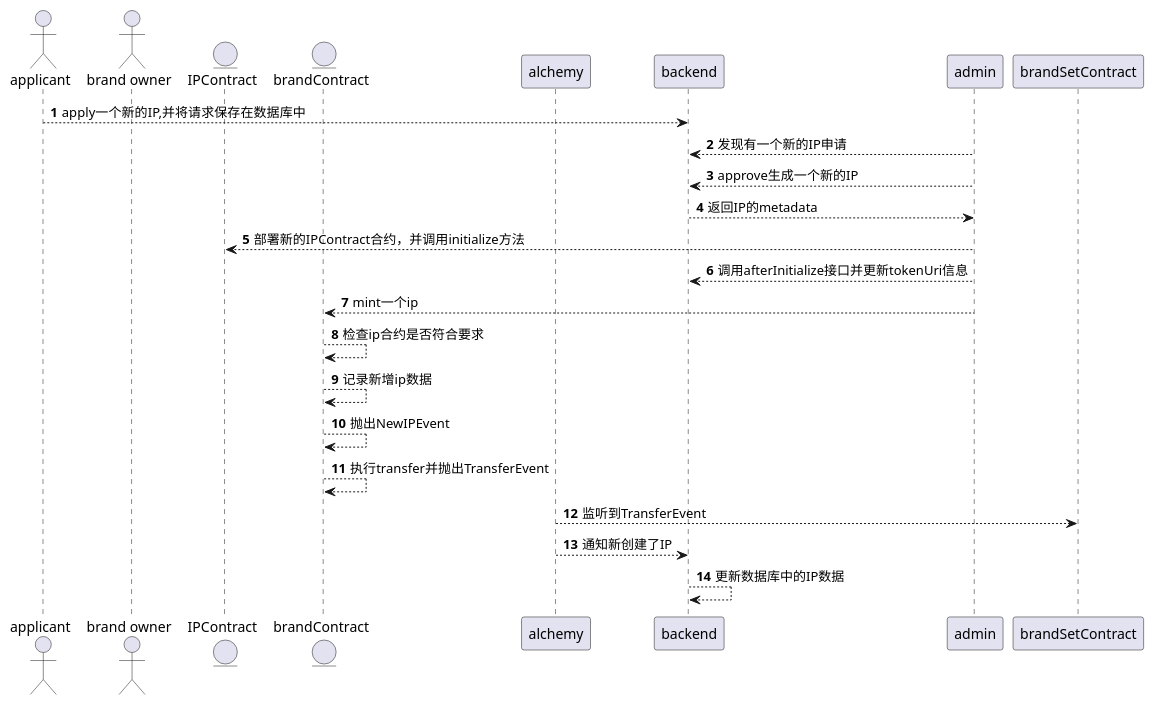
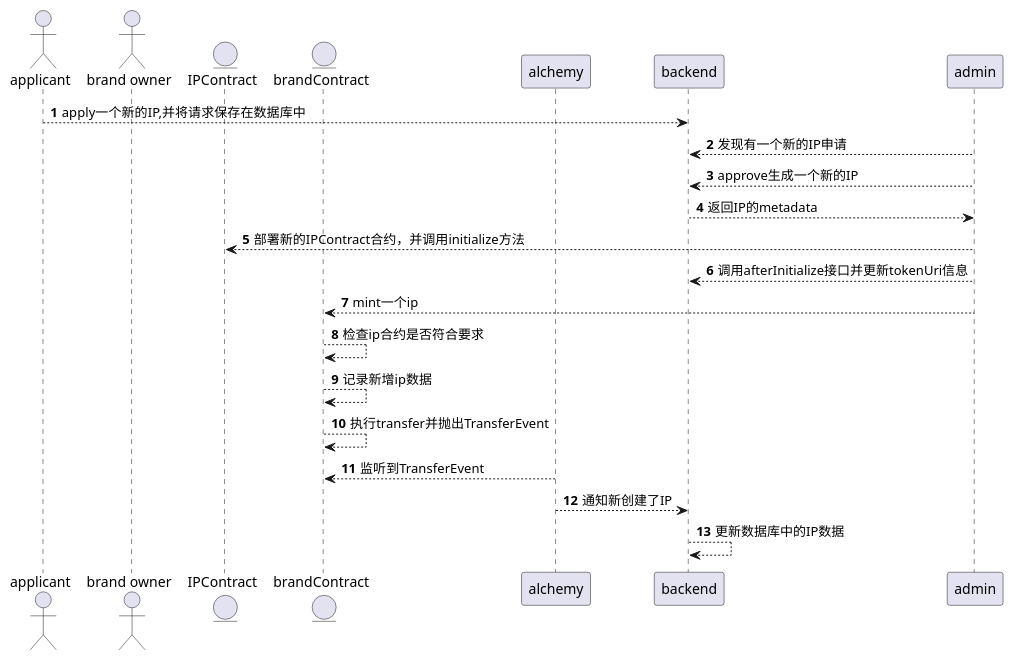
Before and after one commit to Taggie3/contract: the diagram in docs/新增IP时序图.puml, drawn with PlantUML. The commit also changed 13 other files, not shown here.

```diff
--- a/docs/新增IP时序图.puml
+++ b/docs/新增IP时序图.puml
@@ -1,27 +1,27 @@
 @startuml
 'https://plantuml.com/sequence-diagram
 
 autonumber
 
 actor applicant as applicant
 actor "brand owner" as owner
 entity IPContract as IPContract
 entity brandContract as brandContract
 participant alchemy as alchemy
 
 applicant --> backend: apply一个新的IP,并将请求保存在数据库中
 admin --> backend: 发现有一个新的IP申请
 admin --> backend: approve生成一个新的IP
 backend --> admin: 返回IP的metadata
 admin --> IPContract: 部署新的IPContract合约，并调用initialize方法
 admin --> backend: 调用afterInitialize接口并更新tokenUri信息
 admin --> brandContract: mint一个ip
 brandContract --> brandContract: 检查ip合约是否符合要求
 brandContract --> brandContract: 记录新增ip数据
-brandContract --> brandContract: 抛出NewIPEvent
+'brandContract --> brandContract: 抛出NewIPEvent
 brandContract --> brandContract: 执行transfer并抛出TransferEvent
-alchemy --> brandSetContract:监听到TransferEvent
+alchemy --> brandContract:监听到TransferEvent
 alchemy --> backend: 通知新创建了IP
 backend --> backend: 更新数据库中的IP数据
 
 @enduml
```
